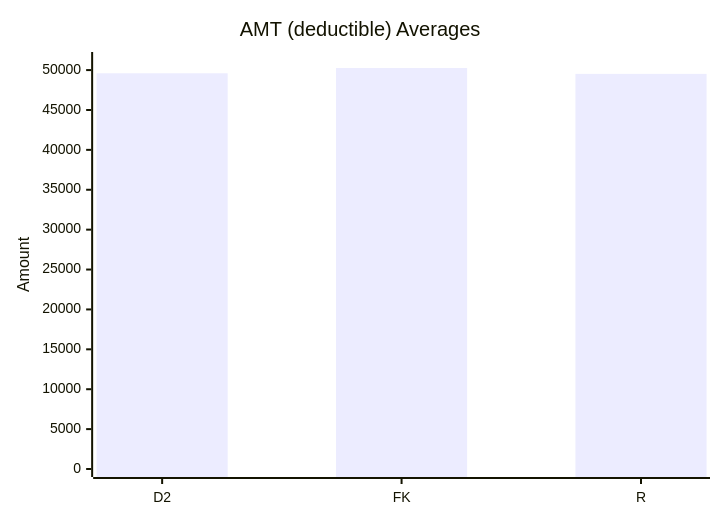
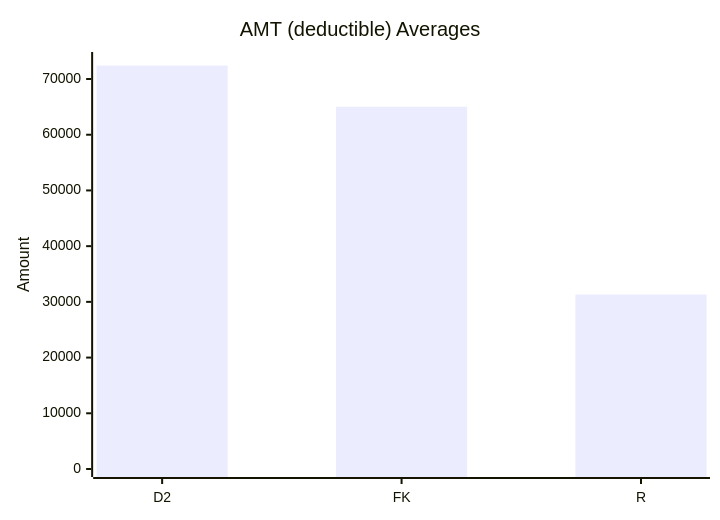
One commit to dhagan-va/intern-2025 changed the ninth of 10 diagrams in test-tools/DataGen/src/Statistics_Visualizer.md. Above: the diagram before and after it, drawn with Mermaid. The commit also changed other lines of this file and 6 other files, not shown here.

````diff
--- a/test-tools/DataGen/src/Statistics_Visualizer.md
+++ b/test-tools/DataGen/src/Statistics_Visualizer.md
@@ -95,7 +95,7 @@
 ```mermaid
 xychart-beta
     title "AMT (deductible) Averages"
     x-axis ["D2", "FK", "R"]
-    y-axis "Amount" 0 --> 51263.7152
-    bar [49598.979, 50263.7152, 49522.9534]
+    y-axis "Amount" 0 --> 73412.6
+    bar [72412.6, 65015.0, 31323.4]
 ```
````
